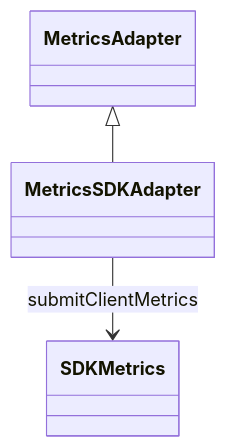
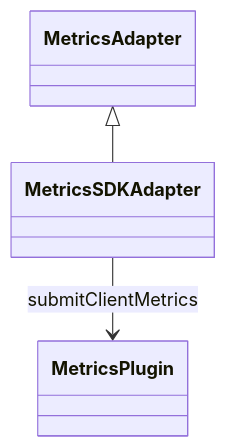
The third of 3 diagrams in src/ai-docs/metrics-sdk-adapter-spec.md (webex/sdk-component-adapter), drawn with Mermaid before and after one commit. The commit also changed other lines of this file and 13 other files, not shown here.

````diff
--- a/src/ai-docs/metrics-sdk-adapter-spec.md
+++ b/src/ai-docs/metrics-sdk-adapter-spec.md
@@ -136,5 +127,5 @@
 ```mermaid
 classDiagram
   MetricsAdapter <|-- MetricsSDKAdapter
-  MetricsSDKAdapter --> SDKMetrics : submitClientMetrics
+  MetricsSDKAdapter --> MetricsPlugin : submitClientMetrics
 ```
````
